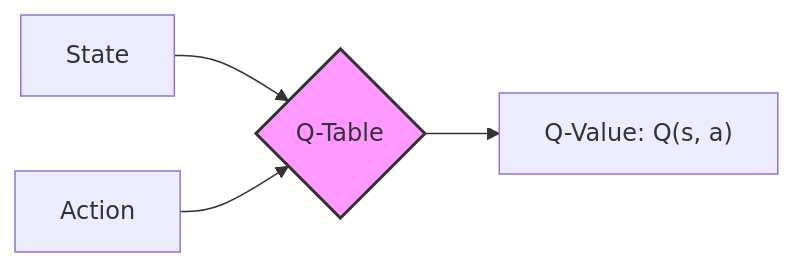
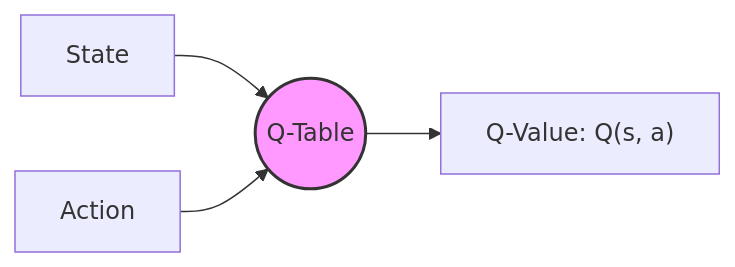
Before and after one commit to chizkidd/huggingface-deep-RL-course: the fourth of 5 diagrams in units/001-Introduction-Deep-RL/README.md, drawn with Mermaid. The commit also changed other lines of this file, not shown here.

````diff
--- a/units/001-Introduction-Deep-RL/README.md
+++ b/units/001-Introduction-Deep-RL/README.md
@@ -146,8 +146,8 @@
 ```mermaid
 graph LR
-    S[State] --> Table{Q-Table}
+    S[State] --> Table(("Q-Table"))
     A[Action] --> Table
     Table --> QV["Q-Value: Q(s, a)"]
     
     style Table fill:#f9f,stroke:#333,stroke-width:2px
 ```
````
